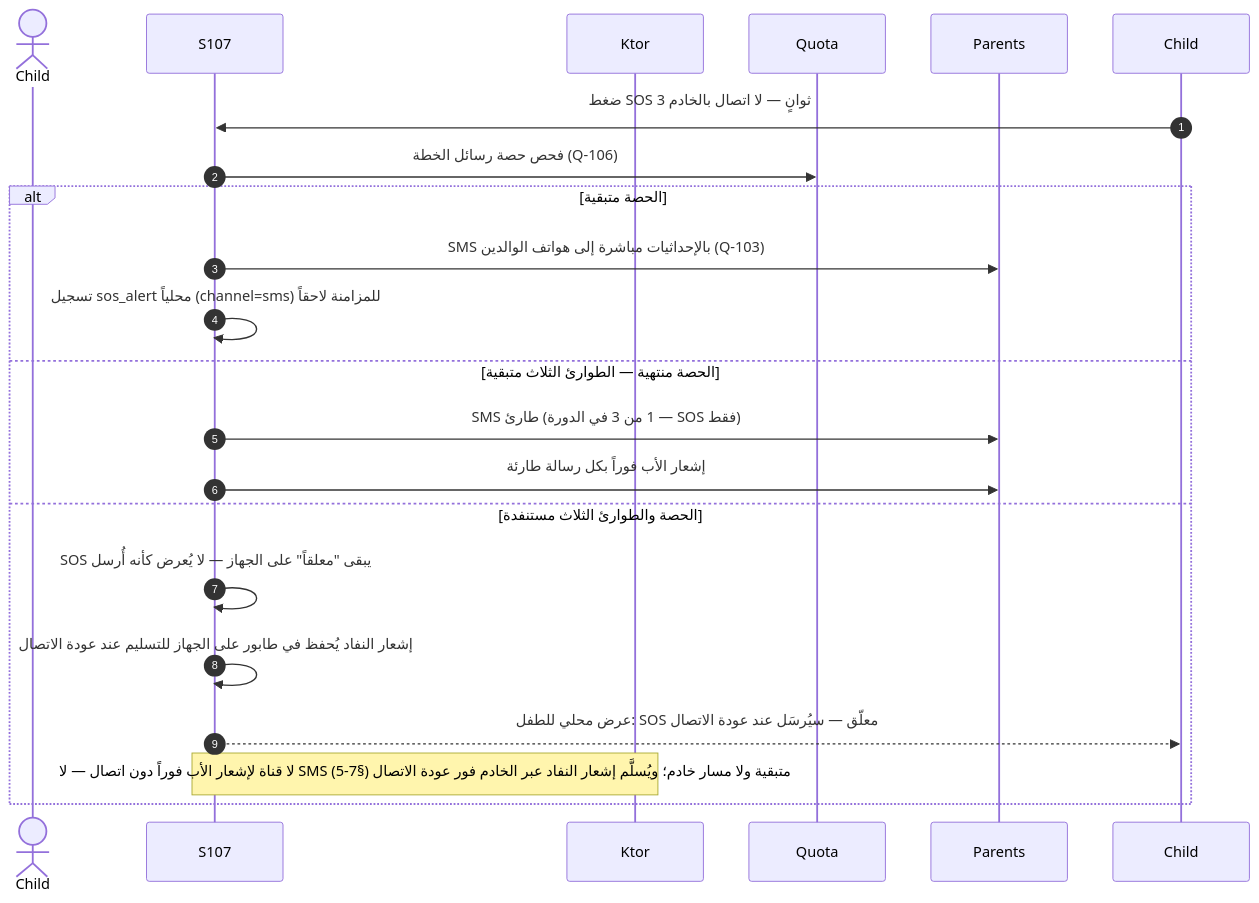
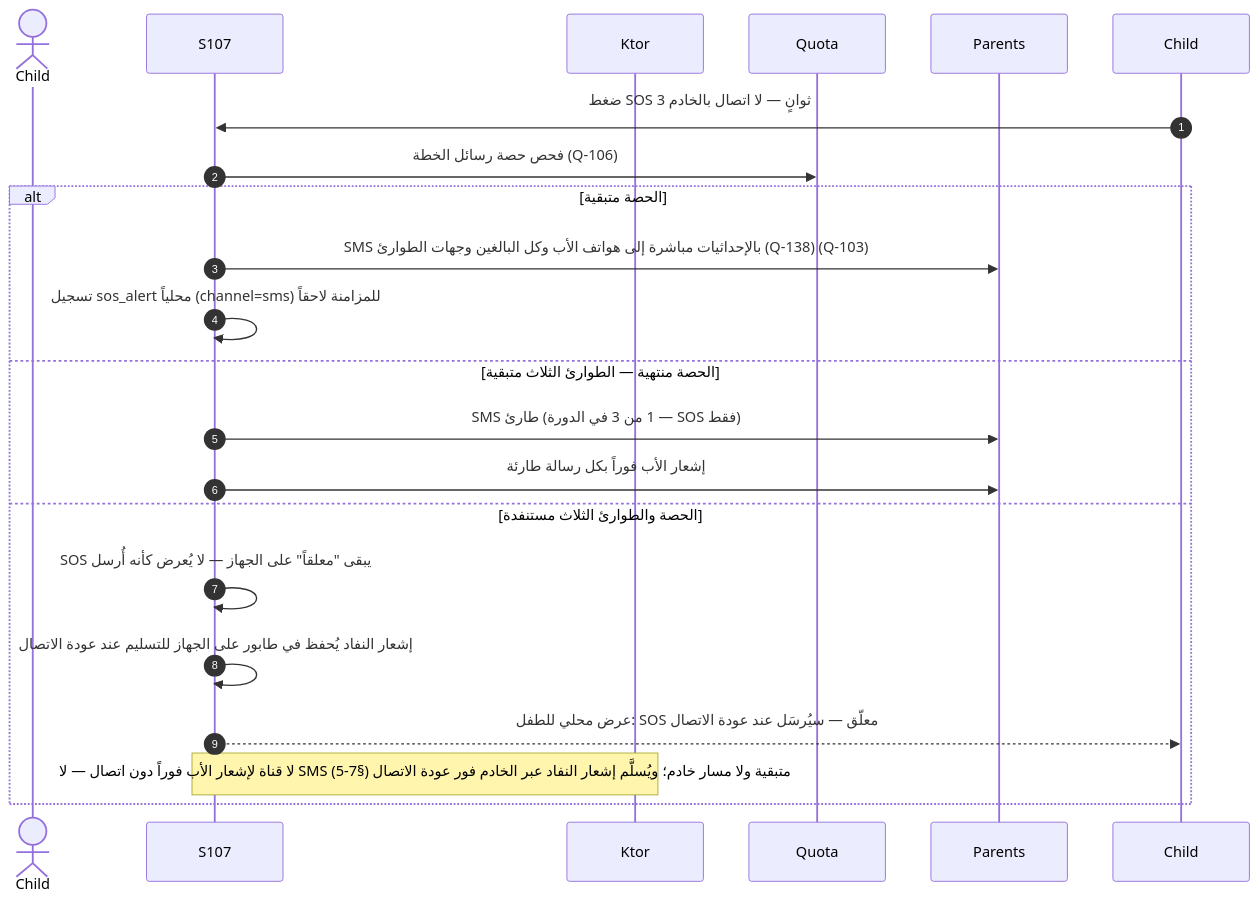
Before and after one commit to Bassam-mohammed-alqaeadi/family-os-v2: the sixth of 12 diagrams in docs/family-os/governance/phases/phase-1/S1-07-location-basic/DIAGRAMS.md, drawn with Mermaid. The commit also changed other lines of this file and 16 other files, not shown here.

Commit message:
إصلاح كل أخطاء Mermaid (144/144) + مواءمة مخططات Q-136…Q-139 + ملاحظة Q-146 في بطاقة S1-10

````diff
--- a/docs/family-os/governance/phases/phase-1/S1-07-location-basic/DIAGRAMS.md
+++ b/docs/family-os/governance/phases/phase-1/S1-07-location-basic/DIAGRAMS.md
@@ -219,23 +221,23 @@
 ```mermaid
 sequenceDiagram
     autonumber
     actor الطفل as Child
     participant الموقع as S107
     participant الخادم as Ktor
     participant الحصة as Quota
     participant الوالدان as Parents
     Child->>الموقع: ضغط SOS 3 ثوانٍ — لا اتصال بالخادم
     الموقع->>الحصة: فحص حصة رسائل الخطة (Q-106)
     alt الحصة متبقية
-        الموقع->>الوالدان: SMS بالإحداثيات مباشرة إلى هواتف الوالدين (Q-103)
+        الموقع->>الوالدان: SMS بالإحداثيات مباشرة إلى هواتف الأب وكل البالغين وجهات الطوارئ (Q-138) (Q-103)
         الموقع->>الموقع: تسجيل sos_alert محلياً (channel=sms) للمزامنة لاحقاً
     else الحصة منتهية — الطوارئ الثلاث متبقية
         الموقع->>الوالدان: SMS طارئ (1 من 3 في الدورة — SOS فقط)
         الموقع->>الوالدان: إشعار الأب فوراً بكل رسالة طارئة
     else الحصة والطوارئ الثلاث مستنفدة
         الموقع->>الموقع: SOS يبقى "معلقاً" على الجهاز — لا يُعرض كأنه أُرسل
         الموقع->>الموقع: إشعار النفاد يُحفظ في طابور على الجهاز للتسليم عند عودة الاتصال
         الموقع-->>Child: عرض محلي للطفل: SOS معلّق — سيُرسَل عند عودة الاتصال
         Note over الموقع,الخادم: لا قناة لإشعار الأب فوراً دون اتصال — لا SMS متبقية ولا مسار خادم؛ ويُسلَّم إشعار النفاد عبر الخادم فور عودة الاتصال (§7-5)
     end
 ```
````
